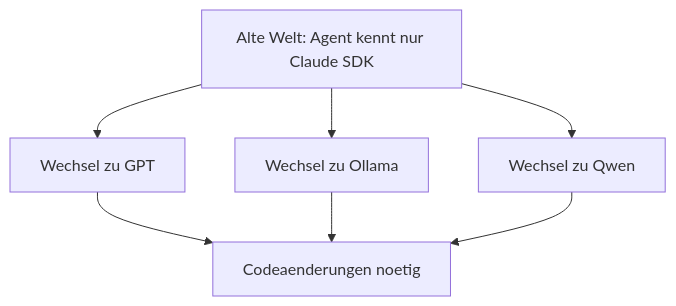
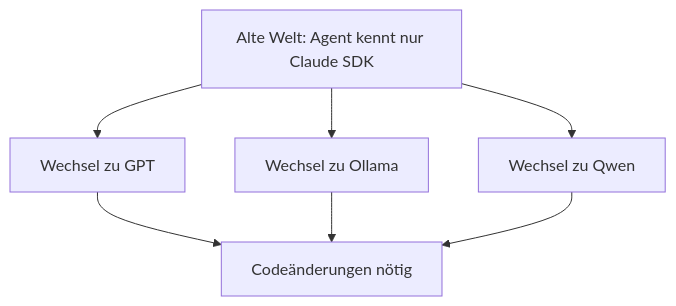
One commit to soenkelange/ai-lab-3-agentic-programming changed the first of 3 diagrams in 02-models-and-inference/abstraction-layers-litellm.md. Above: the diagram before and after it, drawn with Mermaid. The commit also changed other lines of this file and 31 other files, not shown here.

````diff
--- a/02-models-and-inference/abstraction-layers-litellm.md
+++ b/02-models-and-inference/abstraction-layers-litellm.md
@@ -10,9 +10,9 @@
 ```mermaid
 flowchart TD
     A[Alte Welt: Agent kennt nur Claude SDK] --> B[Wechsel zu GPT]
     A --> C[Wechsel zu Ollama]
     A --> D[Wechsel zu Qwen]
-    B --> E[Codeaenderungen noetig]
+    B --> E[Codeänderungen nötig]
     C --> E
     D --> E
 ```
````
